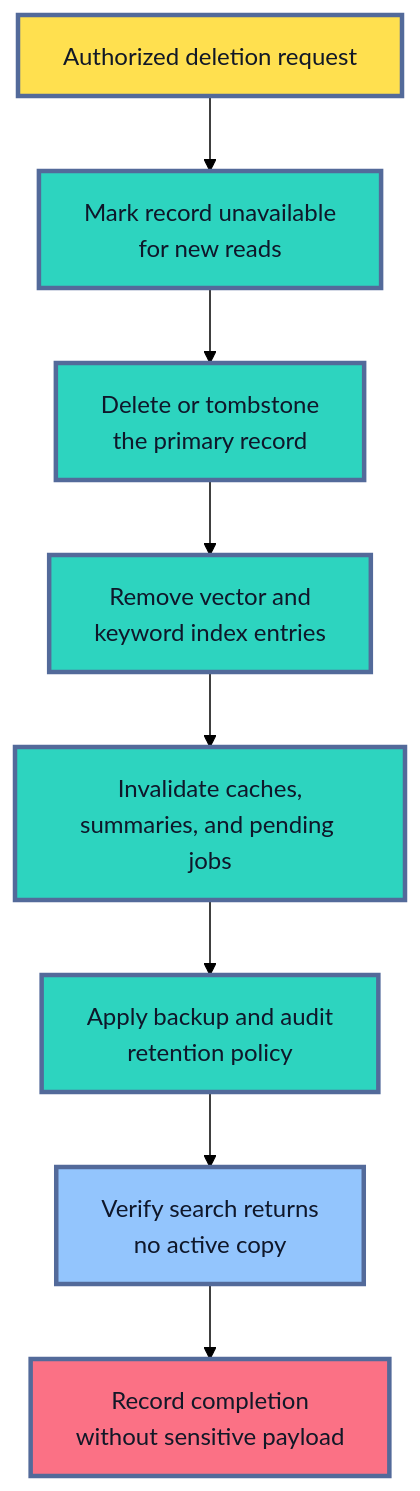
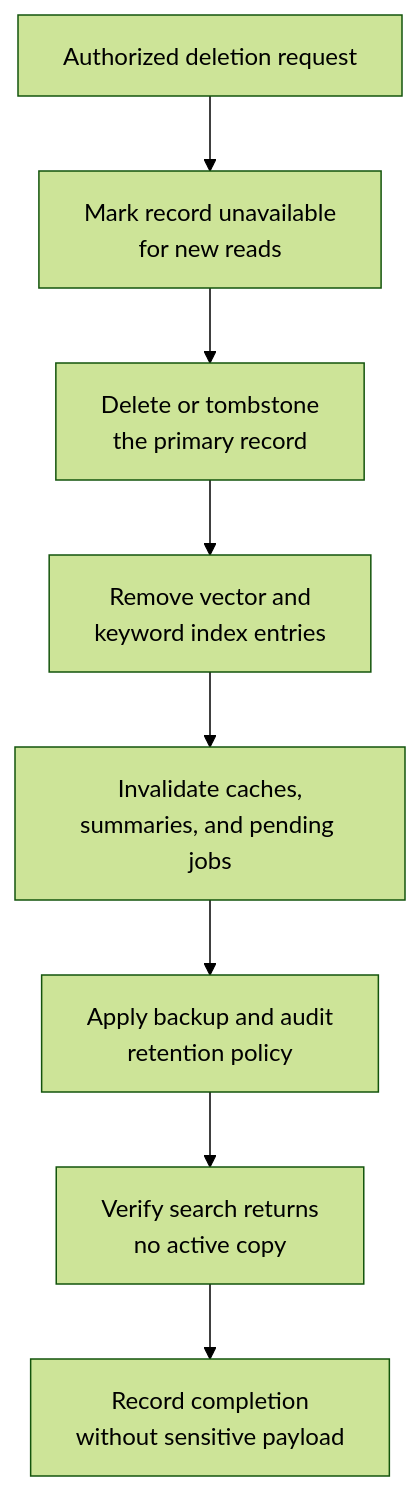
The ninth of 14 diagrams in roadmaps/mlops/modules/llmops/context-engineering/03-memory-and-state.md (senlinyy/dev-roadmaps), drawn with Mermaid (forest theme) before and after one commit. The commit also changed other lines of this file and 152 other files, not shown here.

Commit message:
feat: mlops and diagrams updated

````diff
--- a/roadmaps/mlops/modules/llmops/context-engineering/03-memory-and-state.md
+++ b/roadmaps/mlops/modules/llmops/context-engineering/03-memory-and-state.md
@@ -557,19 +529,15 @@
 ```mermaid
 flowchart TD
     A["Authorized deletion request"] --> B["Mark record unavailable<br/>for new reads"]
     B --> C["Delete or tombstone<br/>the primary record"]
     C --> D["Remove vector and<br/>keyword index entries"]
     D --> E["Invalidate caches,<br/>summaries, and pending jobs"]
     E --> F["Apply backup and audit<br/>retention policy"]
     F --> G["Verify search returns<br/>no active copy"]
     G --> H["Record completion<br/>without sensitive payload"]
 
-    classDef request fill:#FFE04F,stroke:#536A9A,stroke-width:3px,color:#111827
-    classDef delete fill:#2DD4BF,stroke:#536A9A,stroke-width:3px,color:#0F172A
-    classDef verify fill:#93C5FD,stroke:#536A9A,stroke-width:3px,color:#0F172A
-    classDef evidence fill:#FB7185,stroke:#536A9A,stroke-width:3px,color:#111827
     class A request
     class B,C,D,E,F delete
     class G verify
     class H evidence
 ```
````
